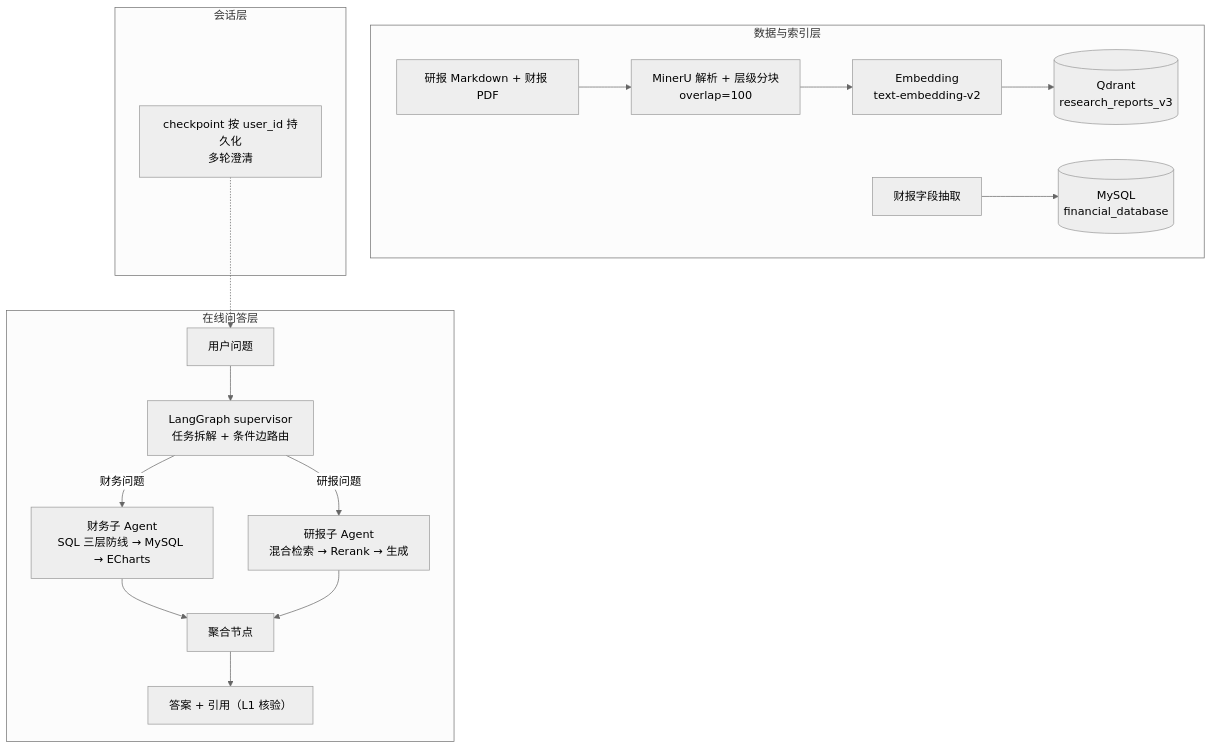
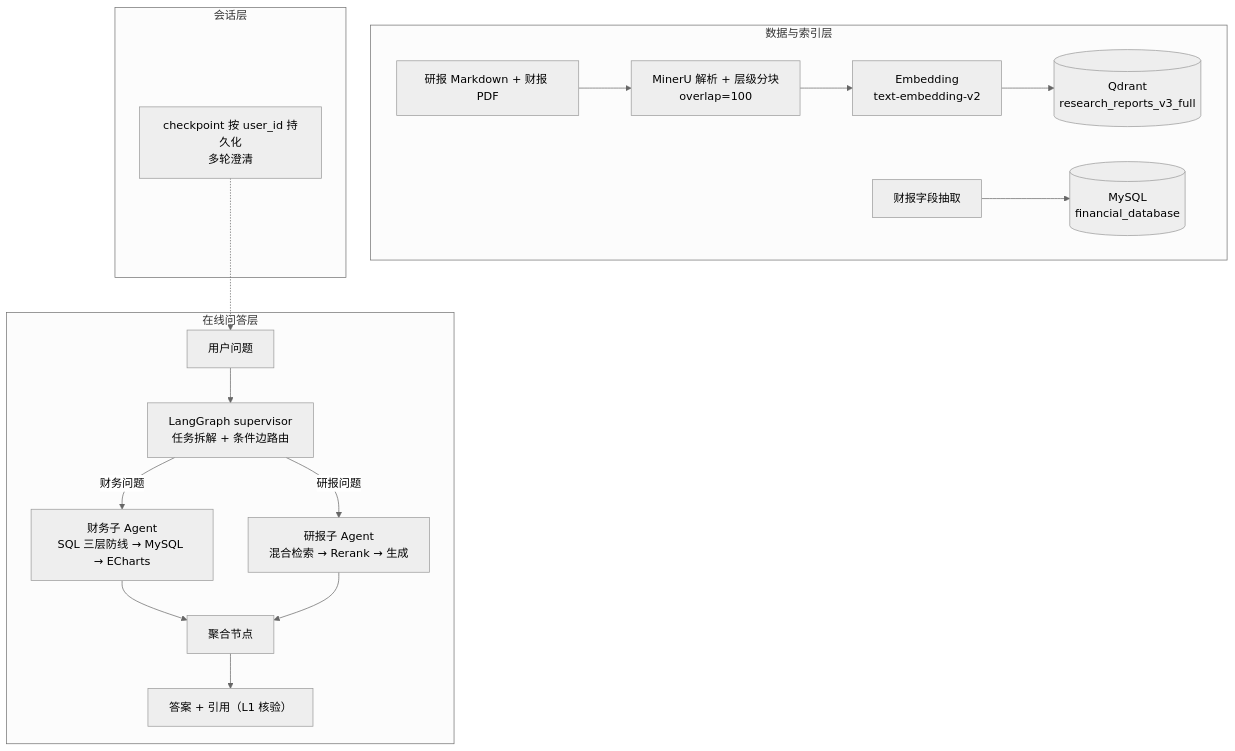
The diagram in README.md (autumnieave/smart-financial-qa), drawn with Mermaid (neutral theme) before and after one commit. The commit also changed 8 other files, not shown here.

````diff
--- a/README.md
+++ b/README.md
@@ -25,22 +25,22 @@
 ```mermaid
 flowchart TD
     subgraph DATA["数据与索引层"]
         A["研报 Markdown + 财报 PDF"] --> B["MinerU 解析 + 层级分块\noverlap=100"]
         B --> C["Embedding\ntext-embedding-v2"]
-        C --> D[("Qdrant\nresearch_reports_v3")]
+        C --> D[("Qdrant\nresearch_reports_v3_full")]
         E["财报字段抽取"] --> F[("MySQL\nfinancial_database")]
     end
 
     subgraph ONLINE["在线问答层"]
         Q["用户问题"] --> S["LangGraph supervisor\n任务拆解 + 条件边路由"]
         S -->|"财务问题"| T1["财务子 Agent\nSQL 三层防线 → MySQL → ECharts"]
         S -->|"研报问题"| T2["研报子 Agent\n混合检索 → Rerank → 生成"]
         T1 --> AGG["聚合节点"]
         T2 --> AGG
         AGG --> R["答案 + 引用（L1 核验）"]
     end
 
     subgraph MEM["会话层"]
         M["checkpoint 按 user_id 持久化\n多轮澄清"] -.-> Q
     end
 ```
````
